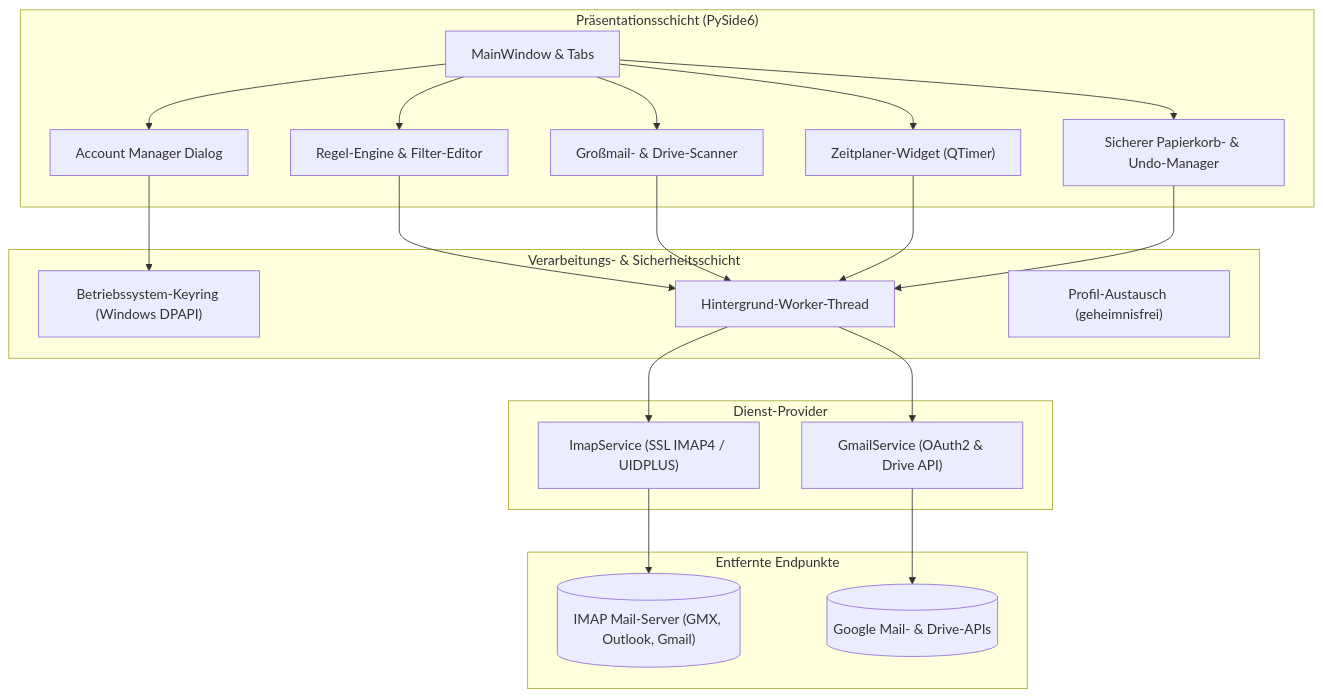
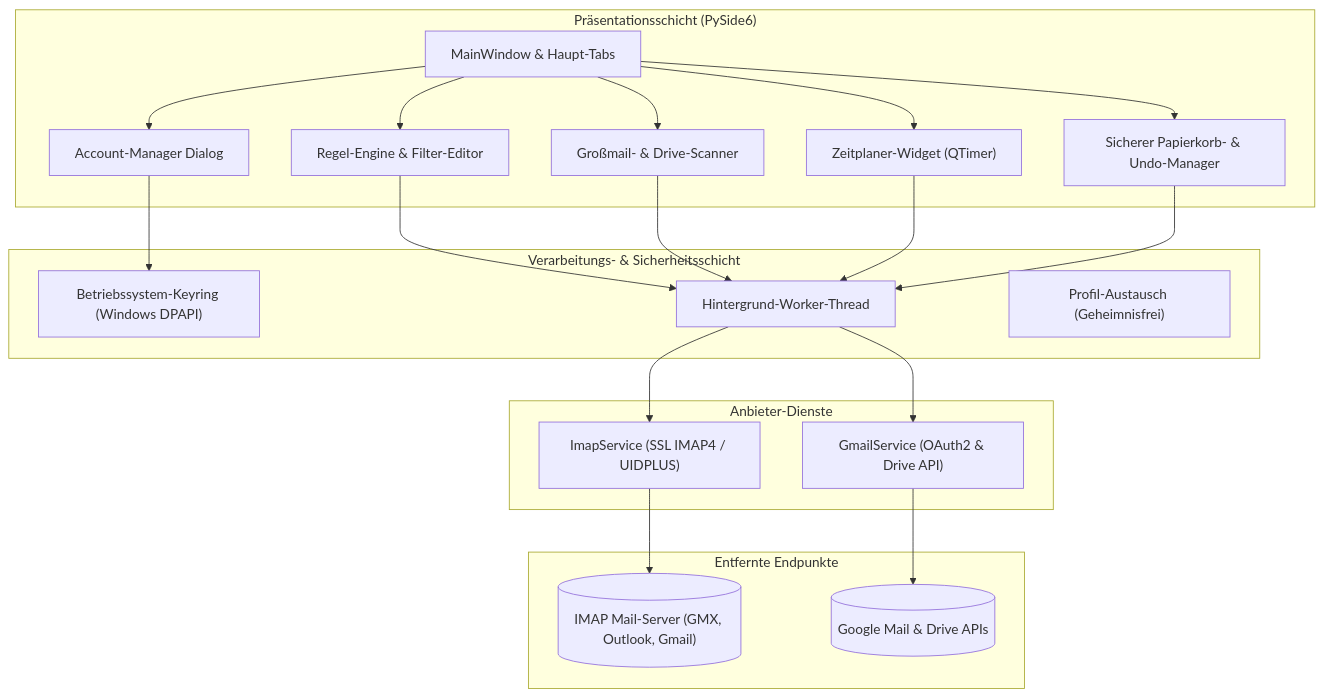
One commit to doc-bricks/UniversalMailCleaner changed the first of 2 diagrams in README_de.md. Above: the diagram before and after it, drawn with Mermaid. The commit also changed other lines of this file and 9 other files, not shown here.

````diff
--- a/README_de.md
+++ b/README_de.md
@@ -49,45 +56,45 @@
 ```mermaid
 flowchart TD
     subgraph UI["Präsentationsschicht (PySide6)"]
-        MW["MainWindow & Tabs"]
-        AC["Account Manager Dialog"]
+        MW["MainWindow & Haupt-Tabs"]
+        AC["Account-Manager Dialog"]
         RL["Regel-Engine & Filter-Editor"]
         LS["Großmail- & Drive-Scanner"]
         SC["Zeitplaner-Widget (QTimer)"]
         ST["Sicherer Papierkorb- & Undo-Manager"]
     end
 
     subgraph Core["Verarbeitungs- & Sicherheitsschicht"]
         KR["Betriebssystem-Keyring (Windows DPAPI)"]
         WK["Hintergrund-Worker-Thread"]
-        PE["Profil-Austausch (geheimnisfrei)"]
+        PE["Profil-Austausch (Geheimnisfrei)"]
     end
 
-    subgraph Service["Dienst-Provider"]
+    subgraph Service["Anbieter-Dienste"]
         IMAP["ImapService (SSL IMAP4 / UIDPLUS)"]
         GMAIL["GmailService (OAuth2 & Drive API)"]
     end
 
     subgraph Remote["Entfernte Endpunkte"]
         SRV[("IMAP Mail-Server (GMX, Outlook, Gmail)")]
-        GOOG[("Google Mail- & Drive-APIs")]
+        GOOG[("Google Mail & Drive APIs")]
     end
 
     MW --> AC
     MW --> RL
     MW --> LS
     MW --> SC
     MW --> ST
 
     AC --> KR
     RL --> WK
     LS --> WK
     SC --> WK
     ST --> WK
 
     WK --> IMAP
     WK --> GMAIL
 
     IMAP --> SRV
     GMAIL --> GOOG
 ```
````
